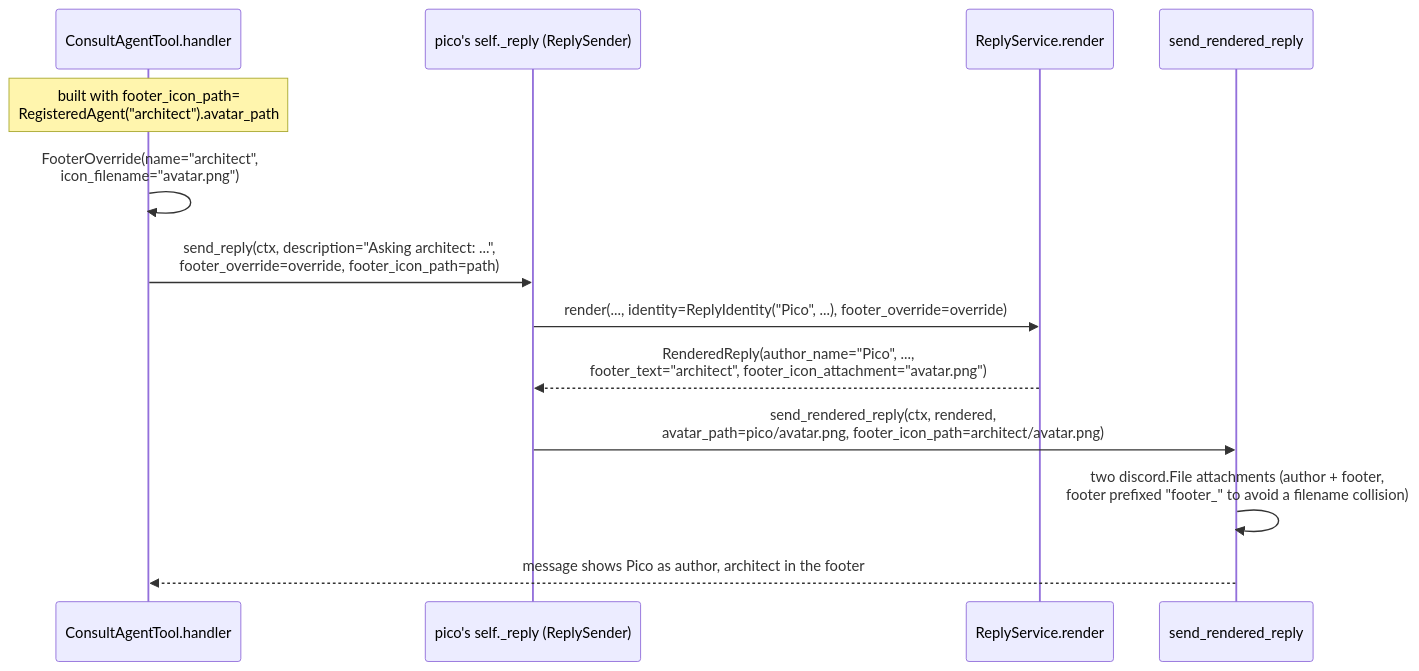
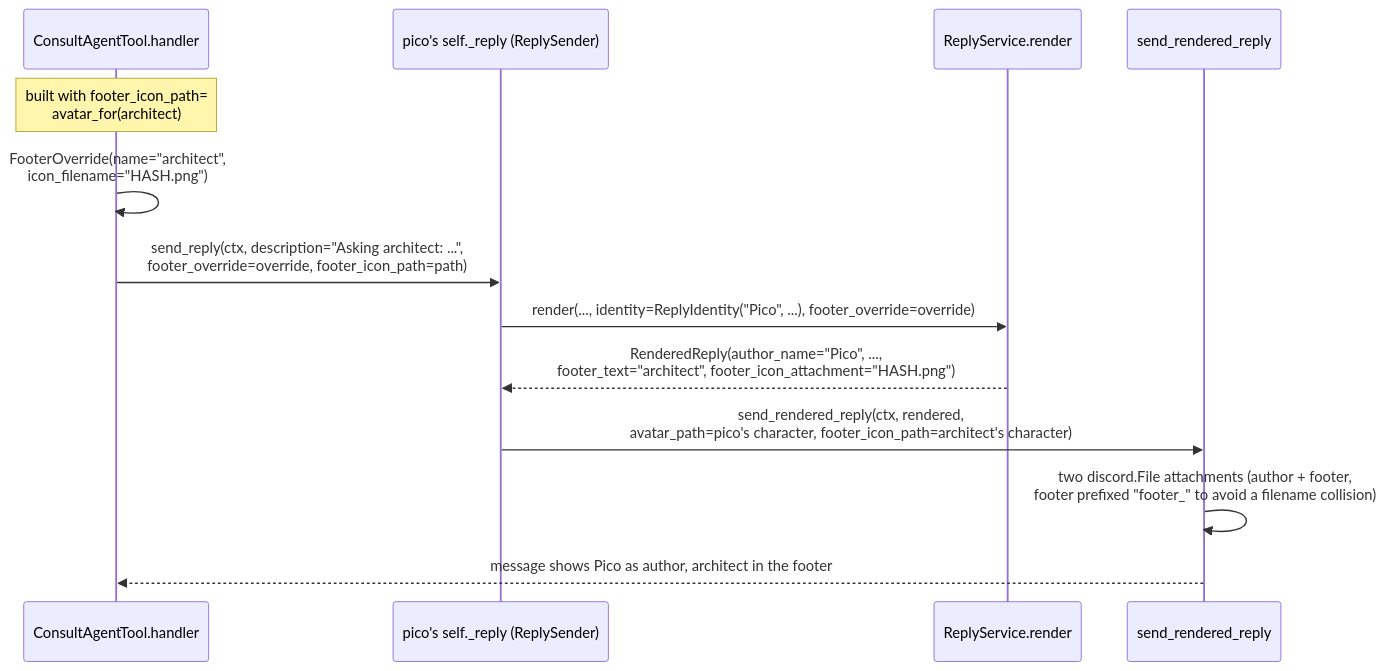
The third of 3 diagrams in docs/reply-identity-design.md (pixel-agents-hq/pixel-agents-cogs), drawn with Mermaid before and after one commit. The commit also changed other lines of this file and 39 other files, not shown here.

````diff
--- a/docs/reply-identity-design.md
+++ b/docs/reply-identity-design.md
@@ -190,16 +221,16 @@
 ```mermaid
 sequenceDiagram
     participant Tool as ConsultAgentTool.handler
     participant RS as pico's self._reply (ReplySender)
     participant RSvc as ReplyService.render
     participant API as send_rendered_reply
 
-    Note over Tool: built with footer_icon_path=<br/>RegisteredAgent("architect").avatar_path
-    Tool->>Tool: FooterOverride(name="architect",<br/>icon_filename="avatar.png")
+    Note over Tool: built with footer_icon_path=<br/>avatar_for(architect)
+    Tool->>Tool: FooterOverride(name="architect",<br/>icon_filename="HASH.png")
     Tool->>RS: send_reply(ctx, description="Asking architect: ...",<br/>footer_override=override, footer_icon_path=path)
     RS->>RSvc: render(..., identity=ReplyIdentity("Pico", ...), footer_override=override)
-    RSvc-->>RS: RenderedReply(author_name="Pico", ...,<br/>footer_text="architect", footer_icon_attachment="avatar.png")
-    RS->>API: send_rendered_reply(ctx, rendered,<br/>avatar_path=pico/avatar.png, footer_icon_path=architect/avatar.png)
+    RSvc-->>RS: RenderedReply(author_name="Pico", ...,<br/>footer_text="architect", footer_icon_attachment="HASH.png")
+    RS->>API: send_rendered_reply(ctx, rendered,<br/>avatar_path=pico's character, footer_icon_path=architect's character)
     API->>API: two discord.File attachments (author + footer,<br/>footer prefixed "footer_" to avoid a filename collision)
     API-->>Tool: message shows Pico as author, architect in the footer
 ```
````
